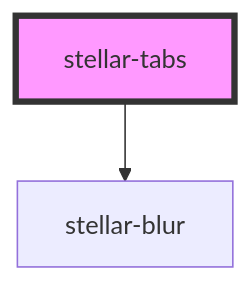
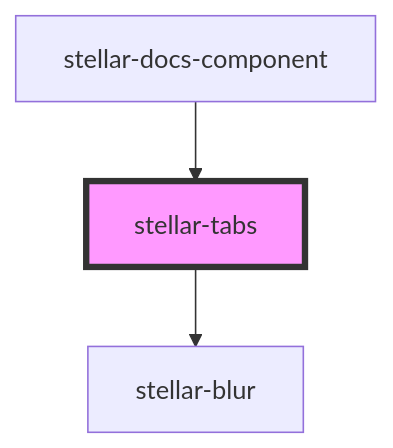
The diagram in src/components/ui/tabs/readme.md (splitinfinities/Stellar), drawn with Mermaid before and after one commit. The commit also changed other lines of this file and 50 other files, not shown here.

````diff
--- a/src/components/ui/tabs/readme.md
+++ b/src/components/ui/tabs/readme.md
@@ -232,5 +236,6 @@
 ```mermaid
 graph TD;
   stellar-tabs --> stellar-blur
+  stellar-docs-component --> stellar-tabs
   style stellar-tabs fill:#f9f,stroke:#333,stroke-width:4px
 ```
````
